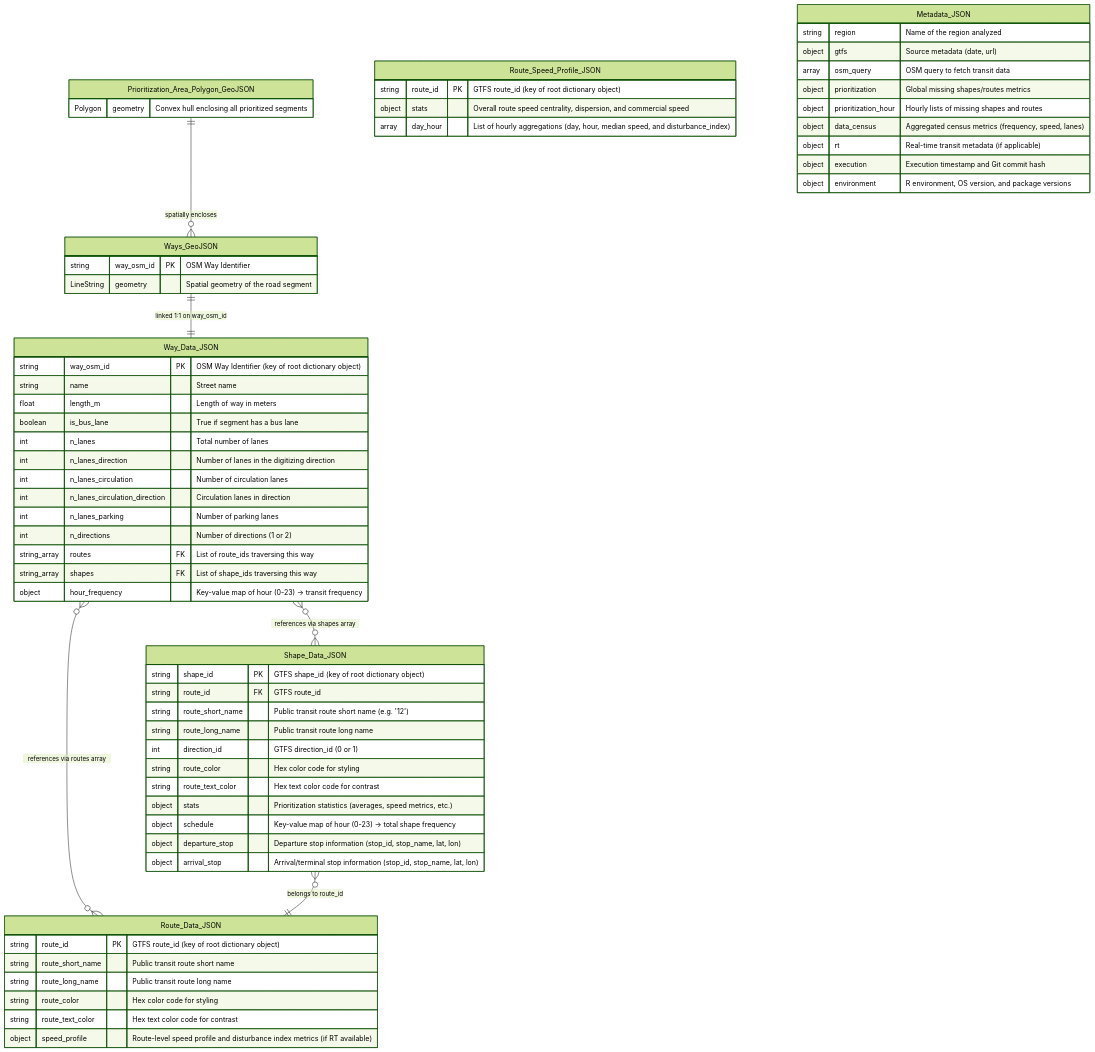
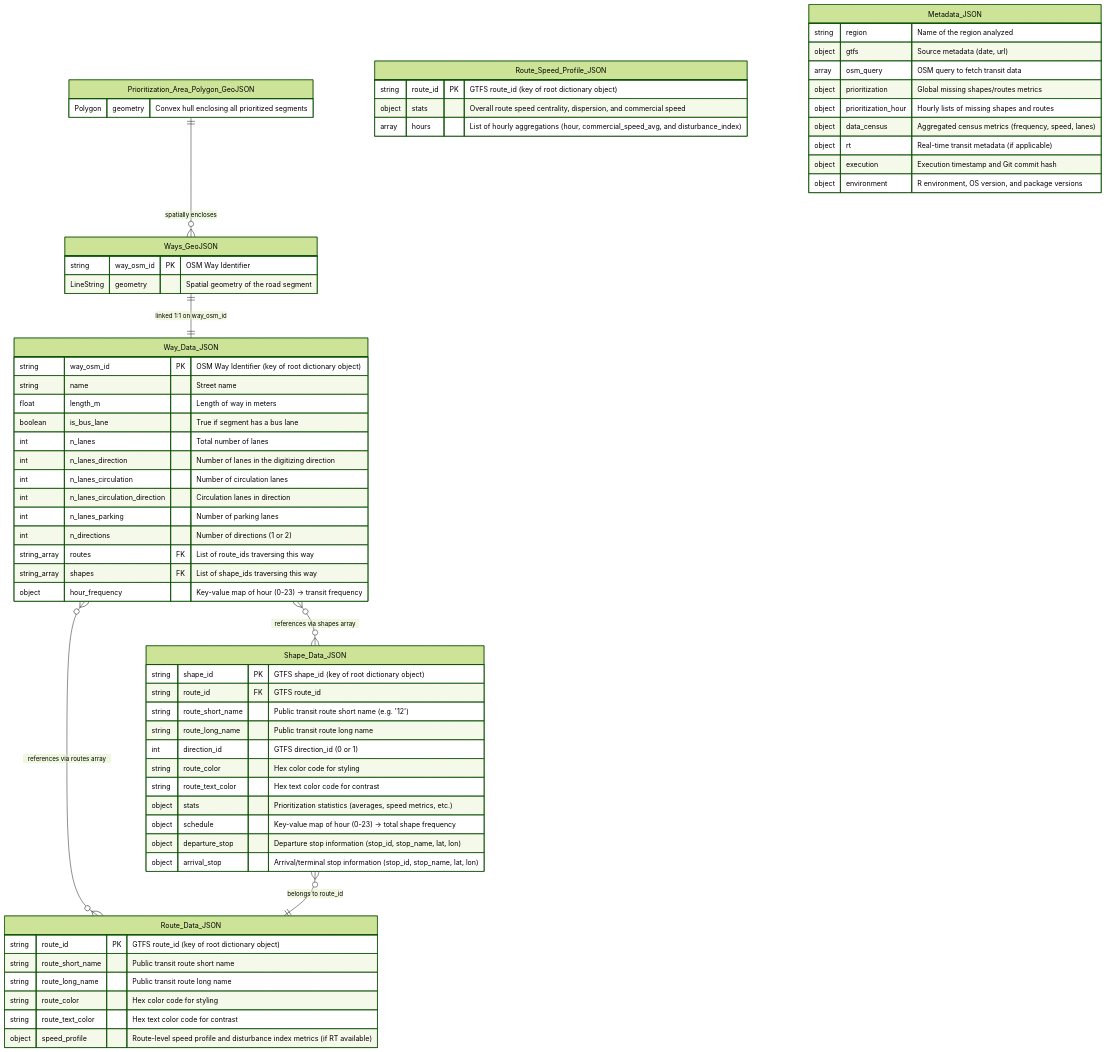
One commit to U-Shift/GTFShift-DI changed the diagram in scripts/02_prioritise/relational_model.md. Above: the diagram before and after it, drawn with Mermaid (forest theme). The commit also changed 1 other file, not shown here.

Commit message:
#4 prioritise commercial speed aggregation at route level fixed to aggregate by hour only (not day)

````diff
--- a/scripts/02_prioritise/relational_model.md
+++ b/scripts/02_prioritise/relational_model.md
@@ -25,78 +25,78 @@
 ```mermaid
 erDiagram
     %% Entities and Attributes
 
     Prioritization_Area_Polygon_GeoJSON {
         Polygon geometry "Convex hull enclosing all prioritized segments"
     }
 
     Ways_GeoJSON {
         string way_osm_id PK "OSM Way Identifier"
         LineString geometry "Spatial geometry of the road segment"
     }
 
     Way_Data_JSON {
         string way_osm_id PK "OSM Way Identifier (key of root dictionary object)"
         string name "Street name"
         float length_m "Length of way in meters"
         boolean is_bus_lane "True if segment has a bus lane"
         int n_lanes "Total number of lanes"
         int n_lanes_direction "Number of lanes in the digitizing direction"
         int n_lanes_circulation "Number of circulation lanes"
         int n_lanes_circulation_direction "Circulation lanes in direction"
         int n_lanes_parking "Number of parking lanes"
         int n_directions "Number of directions (1 or 2)"
         string_array routes FK "List of route_ids traversing this way"
         string_array shapes FK "List of shape_ids traversing this way"
         object hour_frequency "Key-value map of hour (0-23) -> transit frequency"
     }
 
     Shape_Data_JSON {
         string shape_id PK "GTFS shape_id (key of root dictionary object)"
         string route_id FK "GTFS route_id"
         string route_short_name "Public transit route short name (e.g. '12')"
         string route_long_name "Public transit route long name"
         int direction_id "GTFS direction_id (0 or 1)"
         string route_color "Hex color code for styling"
         string route_text_color "Hex text color code for contrast"
         object stats "Prioritization statistics (averages, speed metrics, etc.)"
         object schedule "Key-value map of hour (0-23) -> total shape frequency"
         object departure_stop "Departure stop information (stop_id, stop_name, lat, lon)"
         object arrival_stop "Arrival/terminal stop information (stop_id, stop_name, lat, lon)"
     }
 
     Route_Data_JSON {
         string route_id PK "GTFS route_id (key of root dictionary object)"
         string route_short_name "Public transit route short name"
         string route_long_name "Public transit route long name"
         string route_color "Hex color code for styling"
         string route_text_color "Hex text color code for contrast"
         object speed_profile "Route-level speed profile and disturbance index metrics (if RT available)"
     }
 
     Route_Speed_Profile_JSON {
         string route_id PK "GTFS route_id (key of root dictionary object)"
         object stats "Overall route speed centrality, dispersion, and commercial speed"
-        array day_hour "List of hourly aggregations (day, hour, median speed, and disturbance_index)"
+        array hours "List of hourly aggregations (hour, commercial_speed_avg, and disturbance_index)"
     }
 
     Metadata_JSON {
         string region "Name of the region analyzed"
         object gtfs "Source metadata (date, url)"
         array osm_query "OSM query to fetch transit data"
         object prioritization "Global missing shapes/routes metrics"
         object prioritization_hour "Hourly lists of missing shapes and routes"
         object data_census "Aggregated census metrics (frequency, speed, lanes)"
         object rt "Real-time transit metadata (if applicable)"
         object execution "Execution timestamp and Git commit hash"
         object environment "R environment, OS version, and package versions"
     }
 
     %% Relationships
 
     Prioritization_Area_Polygon_GeoJSON ||--o{ Ways_GeoJSON : "spatially encloses"
     Ways_GeoJSON ||--|| Way_Data_JSON : "linked 1:1 on way_osm_id"
     Way_Data_JSON }o--o{ Route_Data_JSON : "references via routes array"
     Way_Data_JSON }o--o{ Shape_Data_JSON : "references via shapes array"
     Shape_Data_JSON }o--|| Route_Data_JSON : "belongs to route_id"
 ```
````
